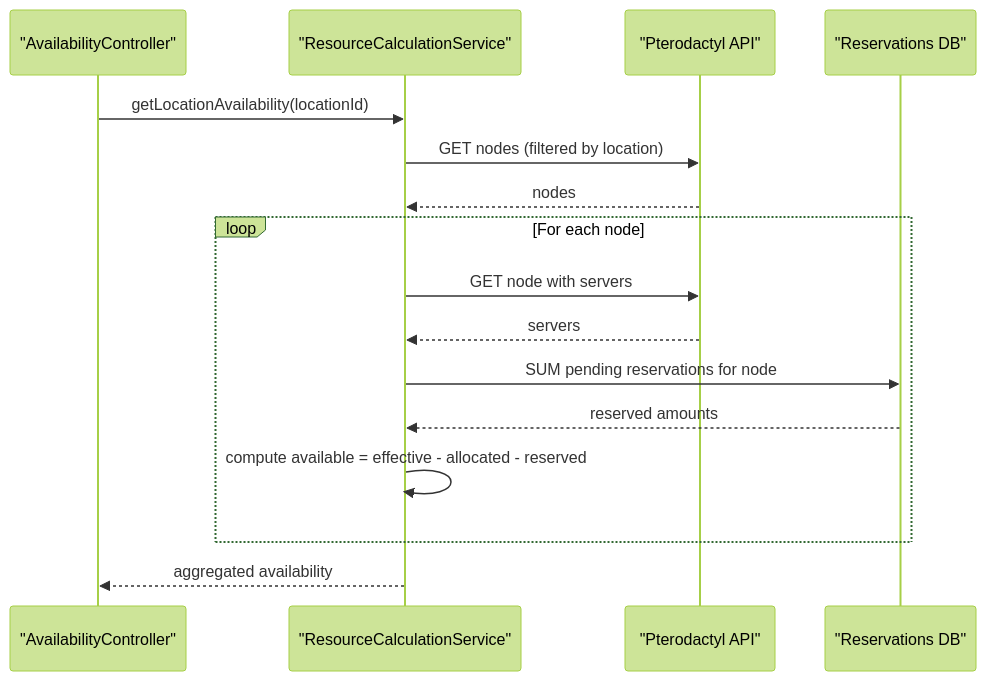
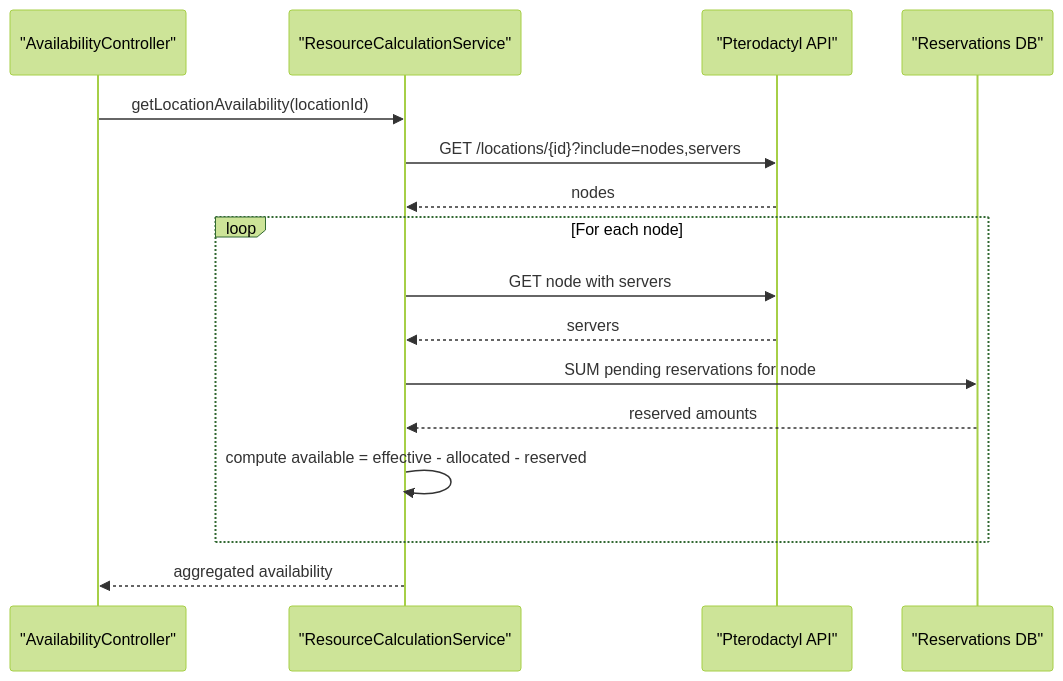
One commit to ObsidianNetwork/dynamic-pterodactyl changed the fifth of 9 diagrams in .qoder/repowiki/en/content/Architecture Overview/Companion Extension Pattern.md. Above: the diagram before and after it, drawn with Mermaid (forest theme). The commit also changed 5 other files, not shown here.

Commit message:
docs: remove residual per-node wiki flow

````diff
--- a/.qoder/repowiki/en/content/Architecture Overview/Companion Extension Pattern.md
+++ b/.qoder/repowiki/en/content/Architecture Overview/Companion Extension Pattern.md
@@ -197,18 +197,18 @@
 ```mermaid
 sequenceDiagram
 participant Controller as "AvailabilityController"
 participant RSC as "ResourceCalculationService"
 participant Ptero as "Pterodactyl API"
 participant DB as "Reservations DB"
 Controller->>RSC : getLocationAvailability(locationId)
-RSC->>Ptero : GET nodes (filtered by location)
+RSC->>Ptero : GET /locations/{id}?include=nodes,servers
 Ptero-->>RSC : nodes
 loop For each node
 RSC->>Ptero : GET node with servers
 Ptero-->>RSC : servers
 RSC->>DB : SUM pending reservations for node
 DB-->>RSC : reserved amounts
 RSC->>RSC : compute available = effective - allocated - reserved
 end
 RSC-->>Controller : aggregated availability
 ```
````
